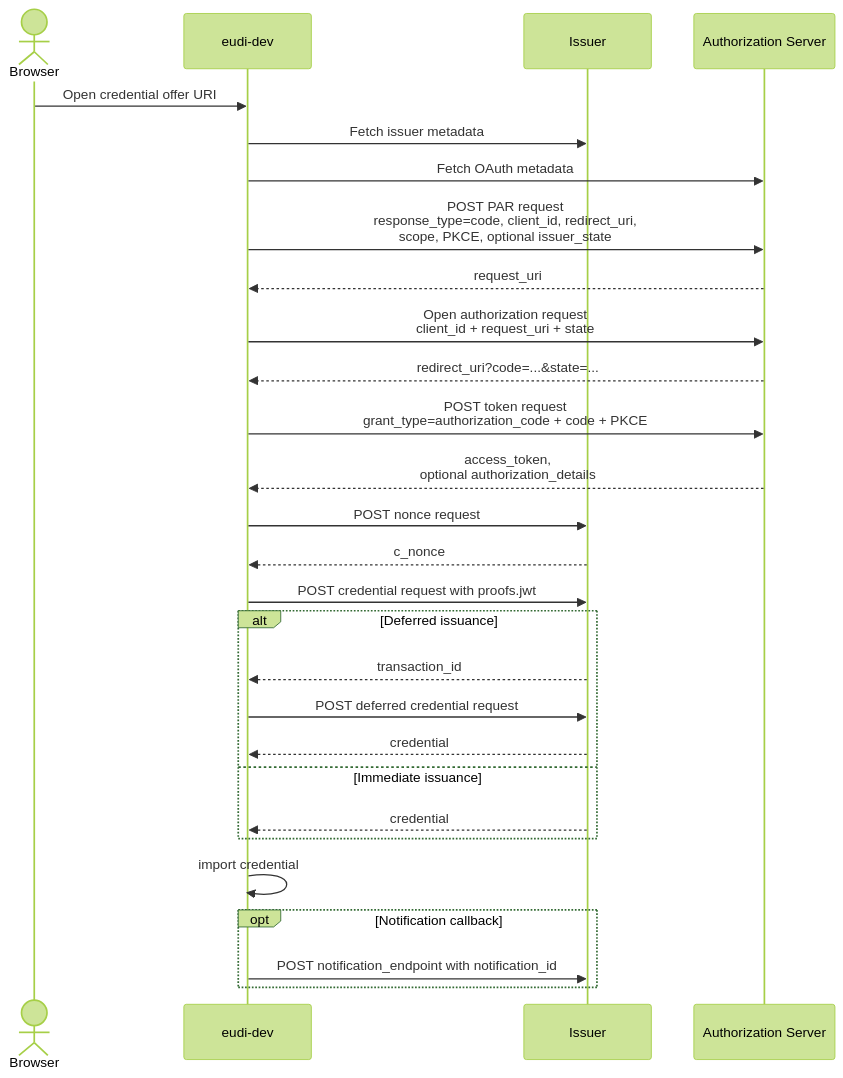
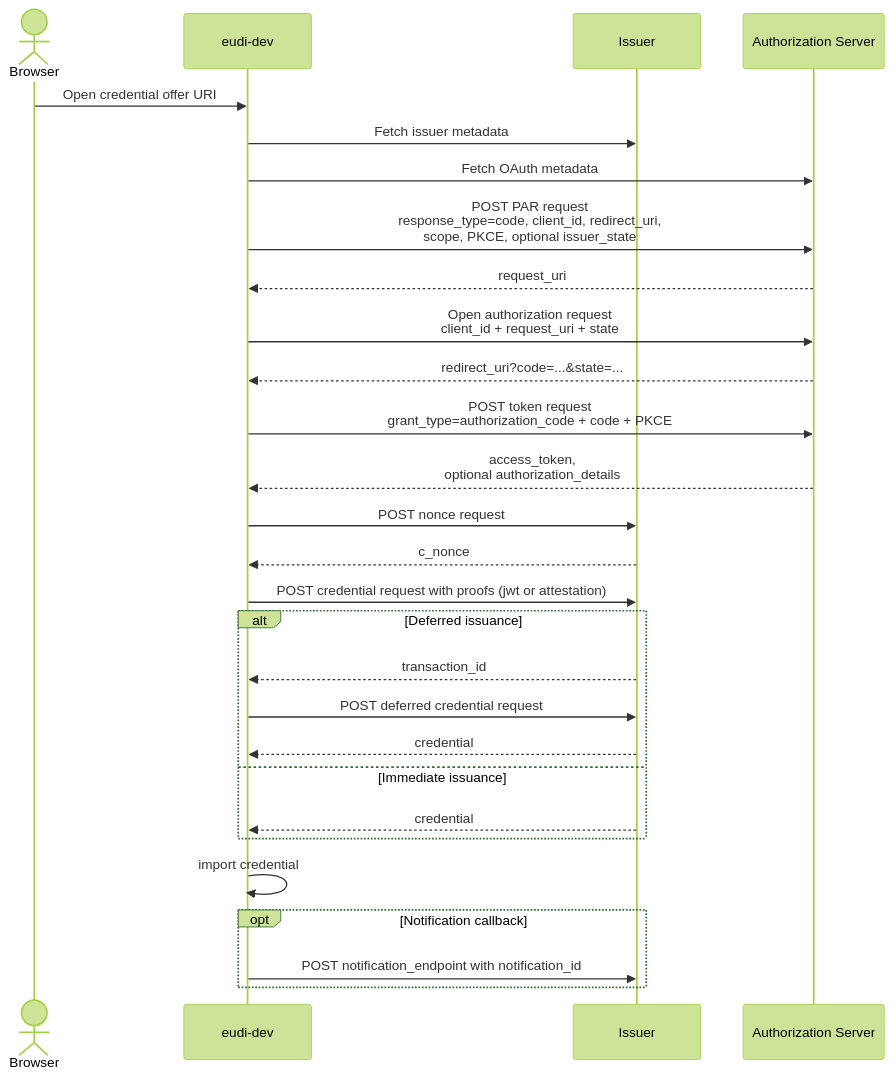
One commit to dominikschlosser/eudi-dev changed the third of 4 diagrams in docs/diagrams/oid4vci.md. Above: the diagram before and after it, drawn with Mermaid (forest theme). The commit also changed other lines of this file and 13 other files, not shown here.

````diff
--- a/docs/diagrams/oid4vci.md
+++ b/docs/diagrams/oid4vci.md
@@ -87,31 +88,31 @@
 ```mermaid
 sequenceDiagram
     actor Browser
     participant Wallet as eudi-dev
     participant Issuer
     participant AS as Authorization Server
 
     Browser->>Wallet: Open credential offer URI
     Wallet->>Issuer: Fetch issuer metadata
     Wallet->>AS: Fetch OAuth metadata
     Wallet->>AS: POST PAR request<br/>response_type=code, client_id, redirect_uri,<br/>scope, PKCE, optional issuer_state
     AS-->>Wallet: request_uri
     Wallet->>AS: Open authorization request<br/>client_id + request_uri + state
     AS-->>Wallet: redirect_uri?code=...&state=...
     Wallet->>AS: POST token request<br/>grant_type=authorization_code + code + PKCE
     AS-->>Wallet: access_token,<br/>optional authorization_details
     Wallet->>Issuer: POST nonce request
     Issuer-->>Wallet: c_nonce
-    Wallet->>Issuer: POST credential request with proofs.jwt
+    Wallet->>Issuer: POST credential request with proofs (jwt or attestation)
     alt Deferred issuance
         Issuer-->>Wallet: transaction_id
         Wallet->>Issuer: POST deferred credential request
         Issuer-->>Wallet: credential
     else Immediate issuance
         Issuer-->>Wallet: credential
     end
     Wallet->>Wallet: import credential
     opt Notification callback
         Wallet->>Issuer: POST notification_endpoint with notification_id
     end
 ```
````
